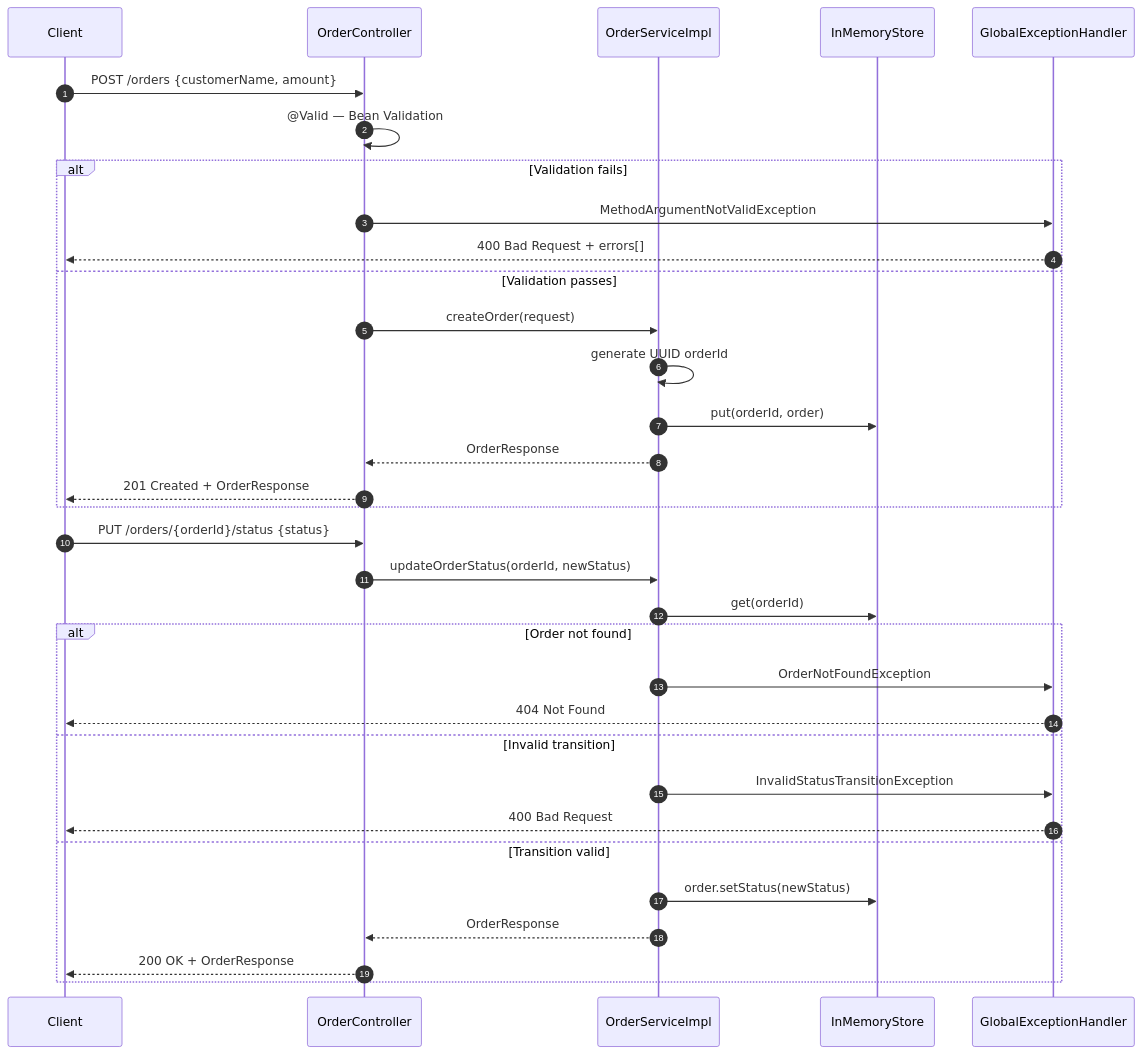
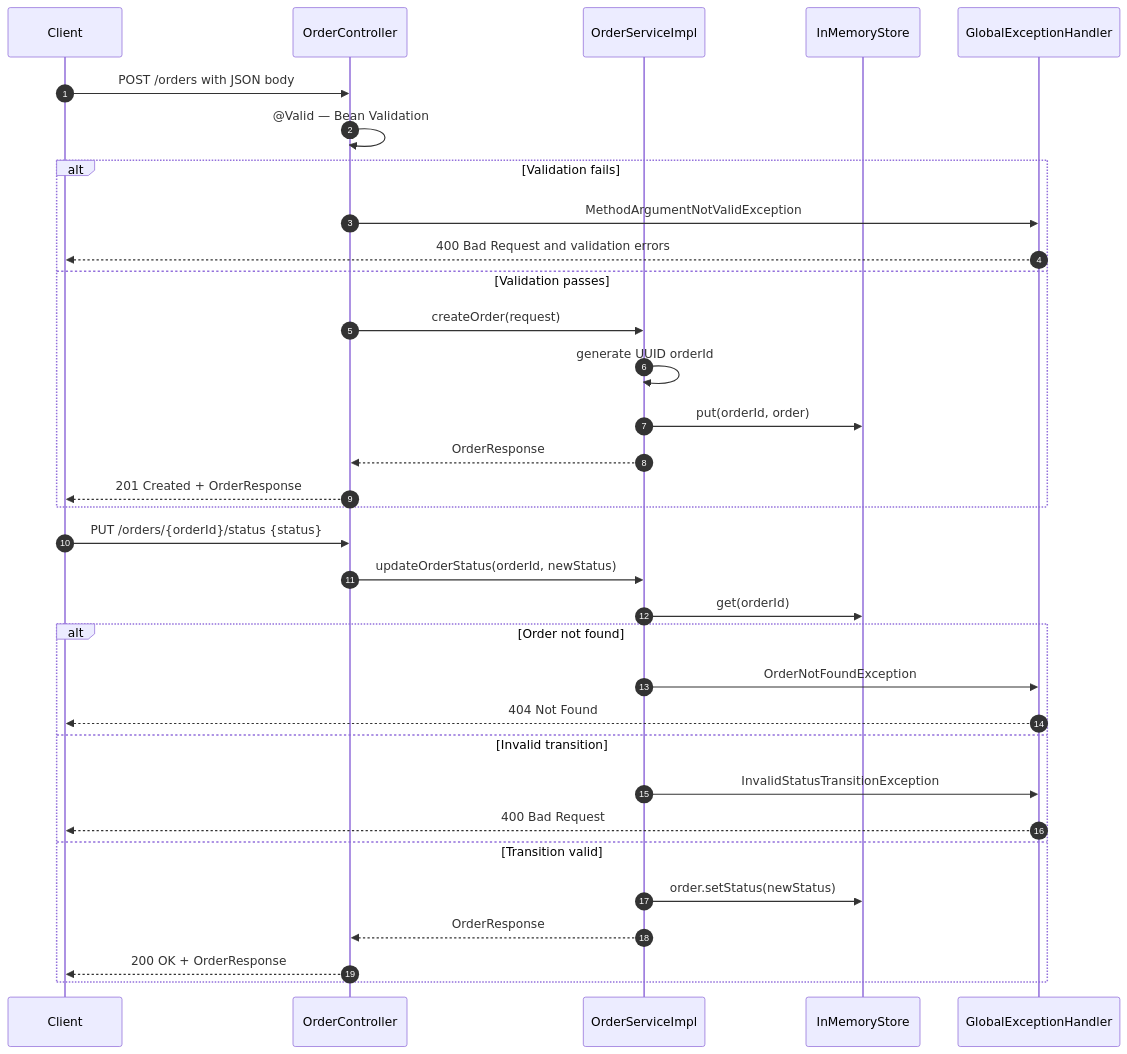
The second of 5 diagrams in Order_management_service/README.md (saifaofficial21/Reflection), drawn with Mermaid before and after one commit. The commit also changed other lines of this file, not shown here.

Commit message:
docs: fix GitHub Mermaid ER diagram (avoid HTML-breaking chars in labels)

````diff
--- a/Order_management_service/README.md
+++ b/Order_management_service/README.md
@@ -61,37 +61,37 @@
 ```mermaid
 sequenceDiagram
     autonumber
     participant Client
     participant OrderController
     participant OrderServiceImpl
     participant InMemoryStore
     participant GlobalExceptionHandler
 
-    Client->>OrderController: POST /orders {customerName, amount}
+    Client->>OrderController: POST /orders with JSON body
     OrderController->>OrderController: @Valid — Bean Validation
     alt Validation fails
         OrderController->>GlobalExceptionHandler: MethodArgumentNotValidException
-        GlobalExceptionHandler-->>Client: 400 Bad Request + errors[]
+        GlobalExceptionHandler-->>Client: 400 Bad Request and validation errors
     else Validation passes
         OrderController->>OrderServiceImpl: createOrder(request)
         OrderServiceImpl->>OrderServiceImpl: generate UUID orderId
         OrderServiceImpl->>InMemoryStore: put(orderId, order)
         OrderServiceImpl-->>OrderController: OrderResponse
         OrderController-->>Client: 201 Created + OrderResponse
     end
 
     Client->>OrderController: PUT /orders/{orderId}/status {status}
     OrderController->>OrderServiceImpl: updateOrderStatus(orderId, newStatus)
     OrderServiceImpl->>InMemoryStore: get(orderId)
     alt Order not found
         OrderServiceImpl->>GlobalExceptionHandler: OrderNotFoundException
         GlobalExceptionHandler-->>Client: 404 Not Found
     else Invalid transition
         OrderServiceImpl->>GlobalExceptionHandler: InvalidStatusTransitionException
         GlobalExceptionHandler-->>Client: 400 Bad Request
     else Transition valid
         OrderServiceImpl->>InMemoryStore: order.setStatus(newStatus)
         OrderServiceImpl-->>OrderController: OrderResponse
         OrderController-->>Client: 200 OK + OrderResponse
     end
 ```
````
